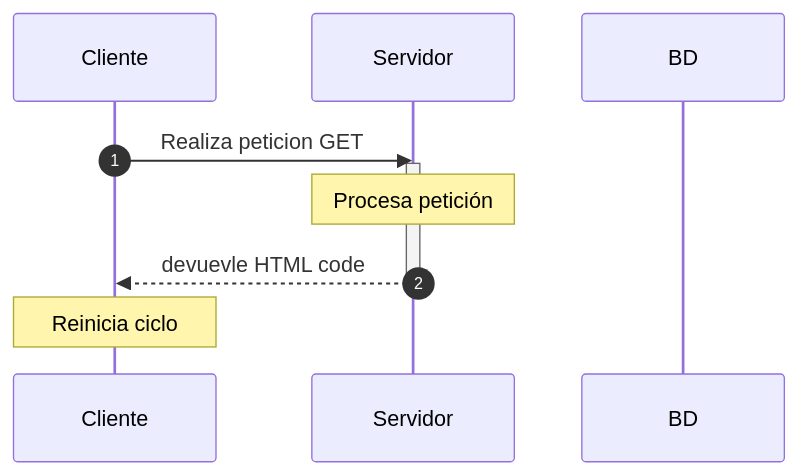
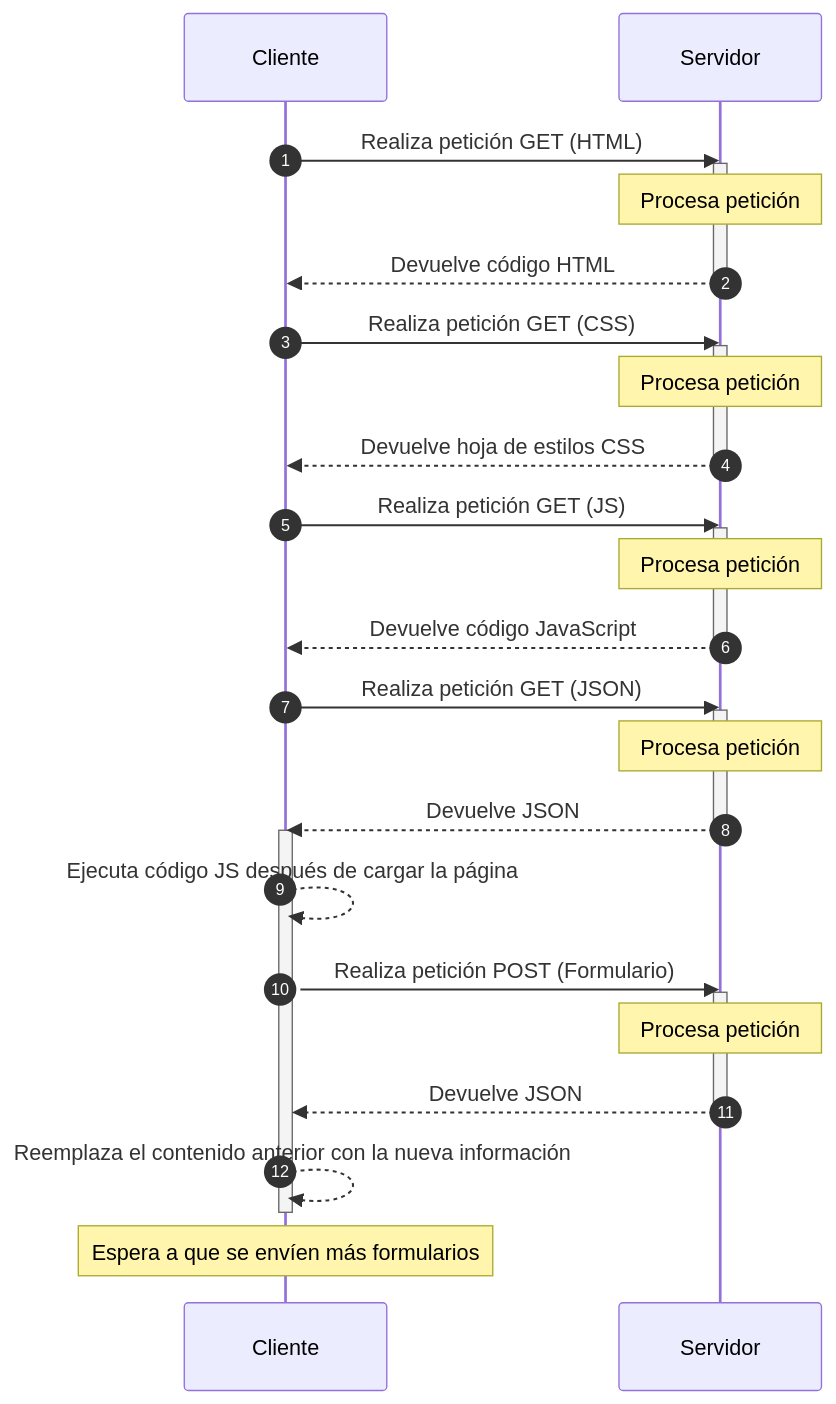
One commit to jackas779/full-stack-open changed the diagram in part0/exercise 0.5/diagram.md. Above: the diagram before and after it, drawn with Mermaid. The commit also changed other lines of this file and 2 other files, not shown here.

Commit message:
Realizado y corregido los diagramas de los ejercicios :necktie:

````diff
--- a/part0/exercise 0.5/diagram.md
+++ b/part0/exercise 0.5/diagram.md
@@ -5,15 +5,44 @@
 ```mermaid
 sequenceDiagram
   autonumber
   participant B as Cliente
   participant A as Servidor
-  participant C as BD
 
-  B->>A: Realiza peticion GET
+  B->>A: Realiza petición GET (HTML)
   activate A
   Note over A: Procesa petición
-  A-->>B: devuevle HTML code
+  A-->>B: Devuelve código HTML
   deactivate A
-  activate C
-  Note over B: Reinicia ciclo
+
+  B->>A: Realiza petición GET (CSS)
+  activate A
+  Note over A: Procesa petición
+  A-->>B: Devuelve hoja de estilos CSS
+  deactivate A
+
+  B->>A: Realiza petición GET (JS)
+  activate A
+  Note over A: Procesa petición
+  A-->>B: Devuelve código JavaScript
+  deactivate A
+
+  B->>A: Realiza petición GET (JSON)
+  activate A
+  Note over A: Procesa petición
+  A-->>B: Devuelve JSON
+  deactivate A
+
+  activate B
+  B-->>B: Ejecuta código JS después de cargar la página
+
+  B->>A: Realiza petición POST (Formulario)
+  activate A
+  Note over A: Procesa petición
+  A-->>B: Devuelve JSON
+  deactivate A
+
+   B-->>B: Reemplaza el contenido anterior con la nueva información
+
+  deactivate B
+  Note over B: Espera a que se envíen más formularios
 ```
````
